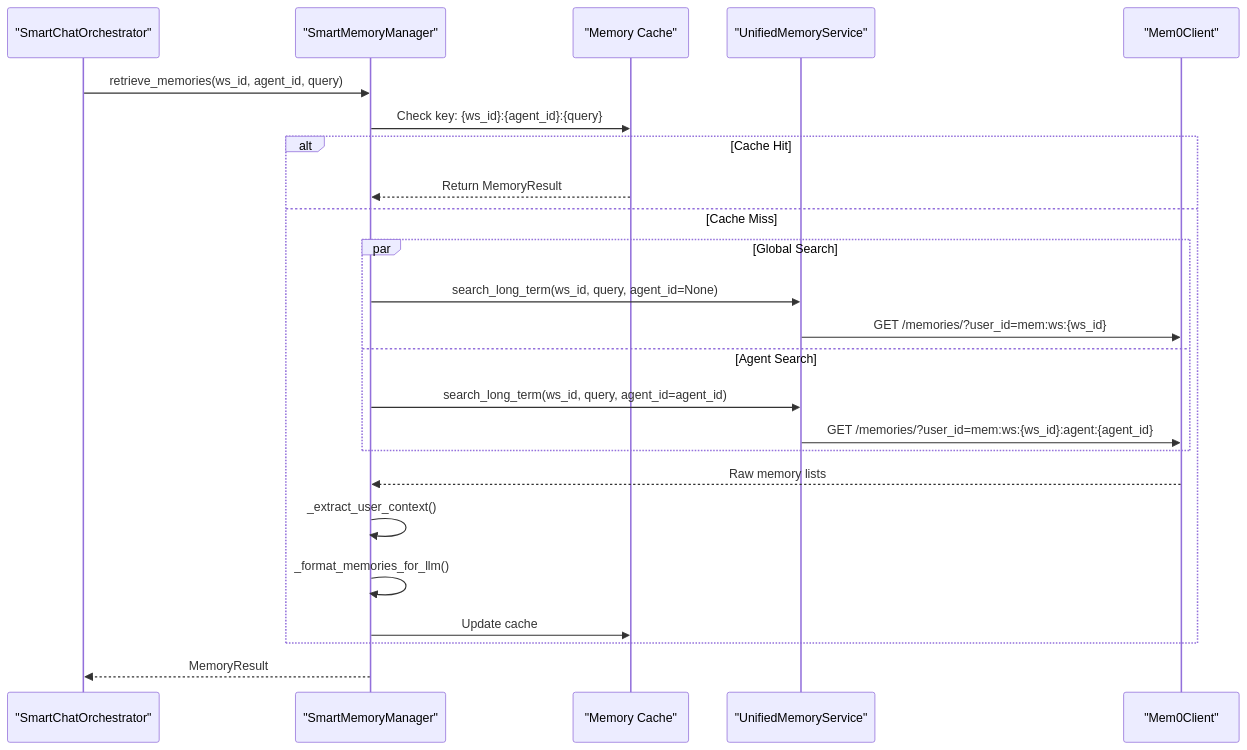
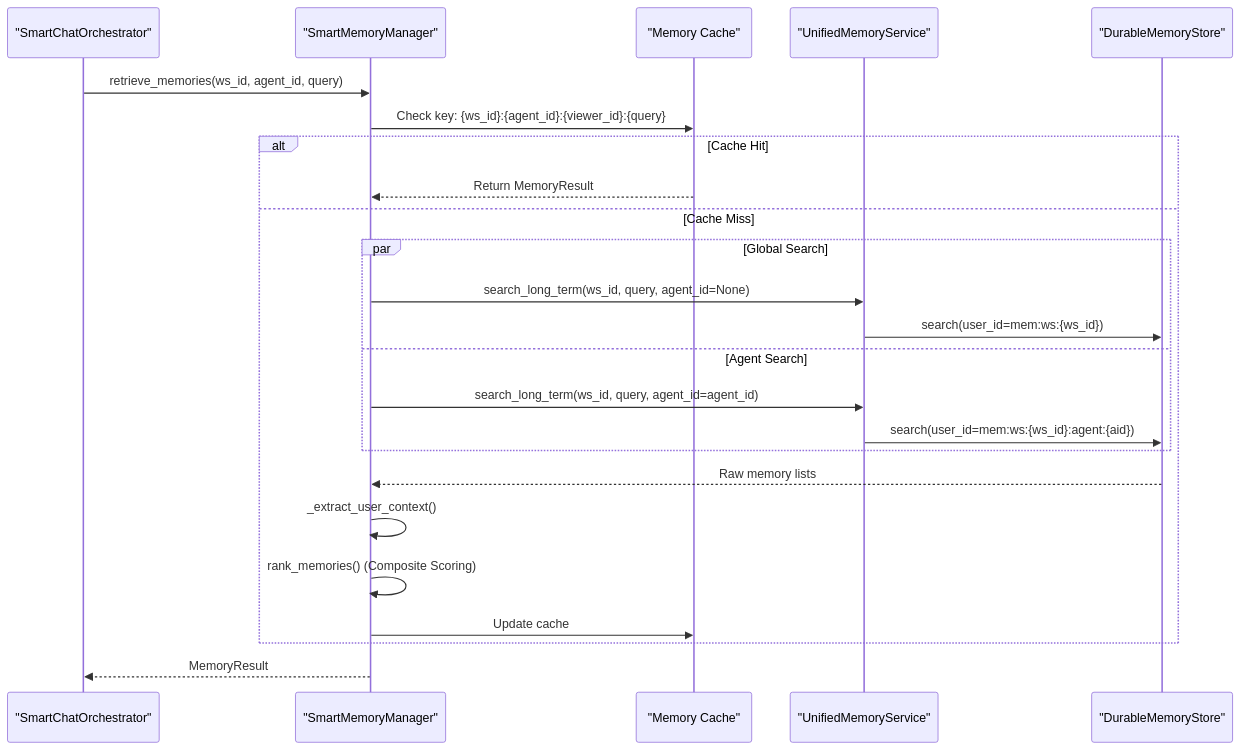
One commit to AutomatosAI/automatos-ai changed the second of 2 diagrams in docs/memory-system/smartmemorymanager.md. Above: the diagram before and after it, drawn with Mermaid. The commit also changed other lines of this file and 191 other files, not shown here.

````diff
--- a/docs/memory-system/smartmemorymanager.md
+++ b/docs/memory-system/smartmemorymanager.md
@@ -145,30 +143,30 @@
 ```mermaid
 sequenceDiagram
     participant Orchestrator as "SmartChatOrchestrator"
     participant SMM as "SmartMemoryManager"
     participant Cache as "Memory Cache"
     participant UMS as "UnifiedMemoryService"
-    participant Mem0 as "Mem0Client"
+    participant Durable as "DurableMemoryStore"
     
     Orchestrator->>SMM: retrieve_memories(ws_id, agent_id, query)
-    SMM->>Cache: Check key: {ws_id}:{agent_id}:{query}
+    SMM->>Cache: Check key: {ws_id}:{agent_id}:{viewer_id}:{query}
     
     alt Cache Hit
         Cache-->>SMM: Return MemoryResult
     else Cache Miss
         par Global Search
             SMM->>UMS: search_long_term(ws_id, query, agent_id=None)
-            UMS->>Mem0: GET /memories/?user_id=mem:ws:{ws_id}
+            UMS->>Durable: search(user_id=mem:ws:{ws_id})
         and Agent Search
             SMM->>UMS: search_long_term(ws_id, query, agent_id=agent_id)
-            UMS->>Mem0: GET /memories/?user_id=mem:ws:{ws_id}:agent:{agent_id}
+            UMS->>Durable: search(user_id=mem:ws:{ws_id}:agent:{aid})
         end
         
-        Mem0-->>SMM: Raw memory lists
+        Durable-->>SMM: Raw memory lists
         SMM->>SMM: _extract_user_context()
-        SMM->>SMM: _format_memories_for_llm()
+        SMM->>SMM: rank_memories() (Composite Scoring)
         SMM->>Cache: Update cache
     end
     
     SMM-->>Orchestrator: MemoryResult
 ```
````
